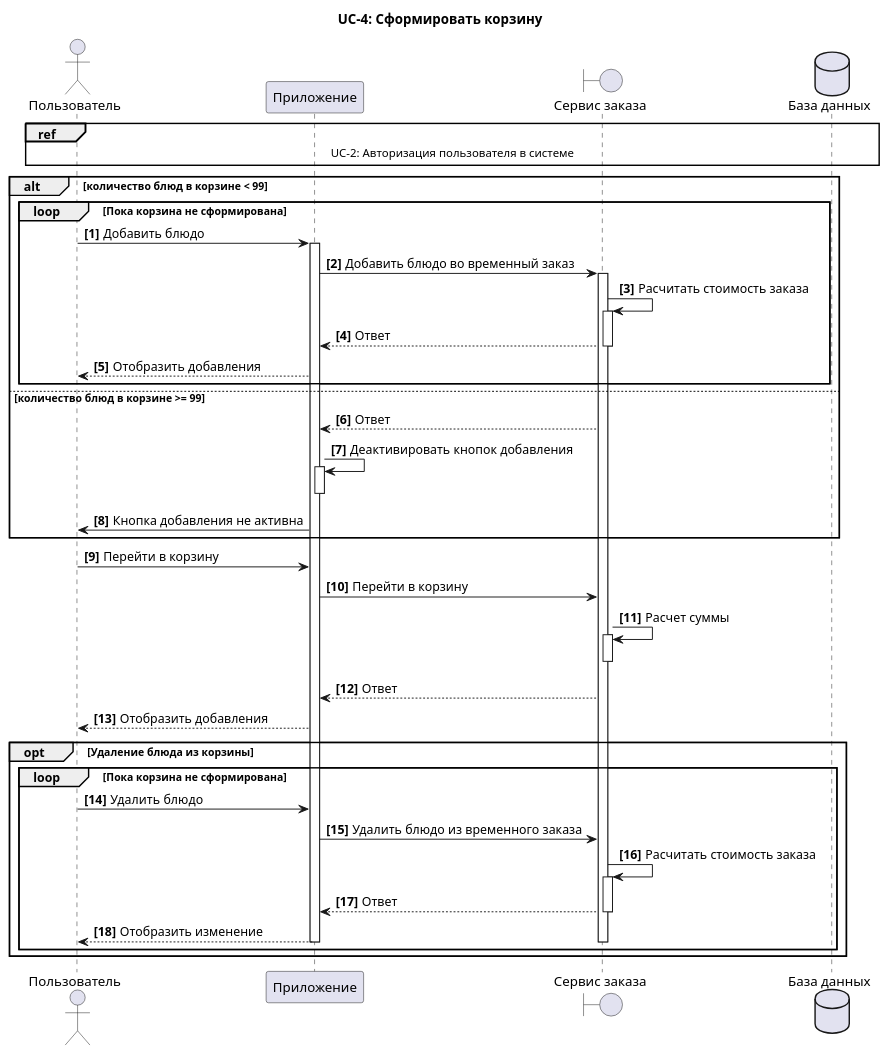
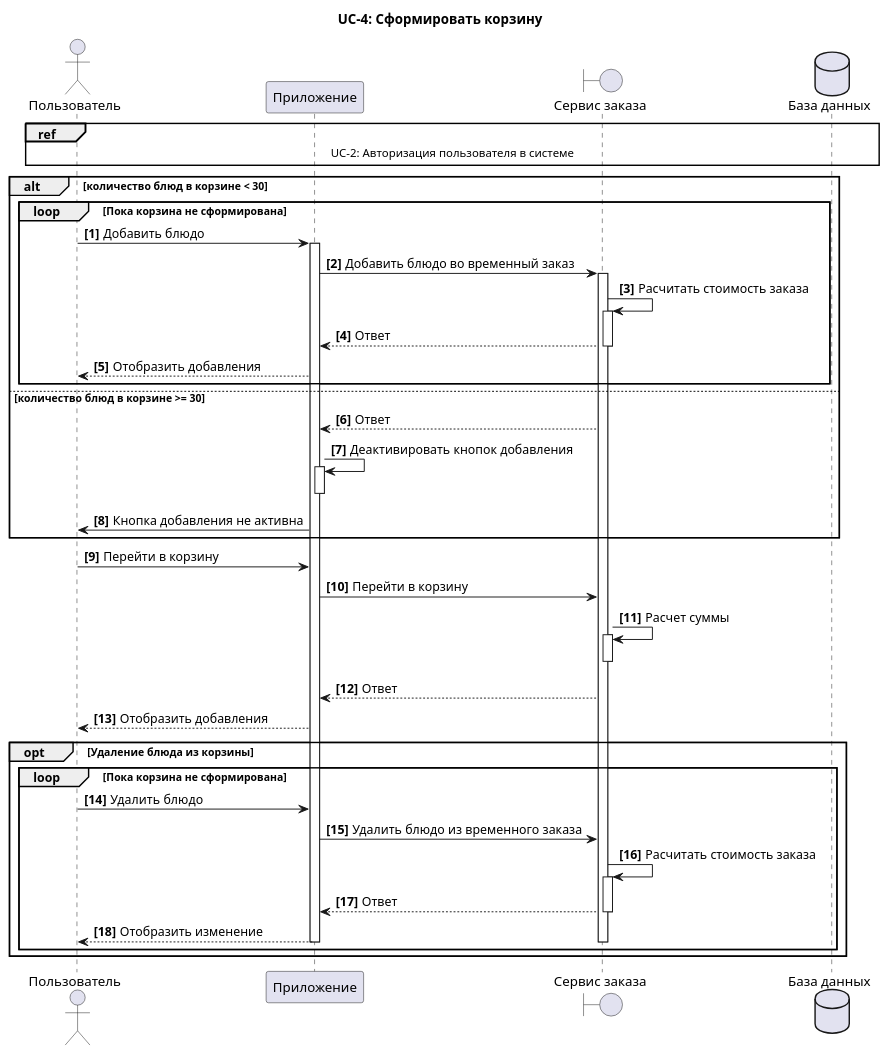
One commit to Mimitrii/RoboPoint changed the diagram in 5_UML/UC_4_CreateBasket.wsd. Above: the diagram before and after it, drawn with PlantUML. The commit also changed 8 other files, not shown here.

```diff
--- a/5_UML/UC_4_CreateBasket.wsd
+++ b/5_UML/UC_4_CreateBasket.wsd
@@ -1,47 +1,47 @@
 @startuml
 title UC-4: Сформировать корзину
 actor "Пользователь" as U 
 participant  "Приложение" as A 
 boundary "Сервис заказа" as S
 dataBase "База данных" as DB 
 autonumber "<b>[0]"  
 
 ref over U,A,S,DB
 UC-2: Авторизация пользователя в системе
 end ref
 
-alt количество блюд в корзине < 99
+alt количество блюд в корзине < 30
 loop Пока корзина не сформирована 
 U->A++: Добавить блюдо 
 A->S++: Добавить блюдо во временный заказ
 S->S++: Расчитать стоимость заказа
 S-->A--:Ответ
 A-->U: Отобразить добавления
 end
-else количество блюд в корзине >= 99
+else количество блюд в корзине >= 30
 S-->A:Ответ
 A->A++: Деактивировать кнопок добавления
 A--
 A->U: Кнопка добавления не активна
 end
 
 U->A: Перейти в корзину 
 A->S: Перейти в корзину
 S->S++: Расчет суммы 
 S--
 S-->A:Ответ
 A-->U: Отобразить добавления
 
 opt Удаление блюда из корзины
 loop Пока корзина не сформирована 
 U->A: Удалить блюдо 
 A->S: Удалить блюдо из временного заказа
 S->S++: Расчитать стоимость заказа
 S-->A--:Ответ
 A-->U: Отобразить изменение
 A--
 S--
 end
 end
 
 @enduml
```
